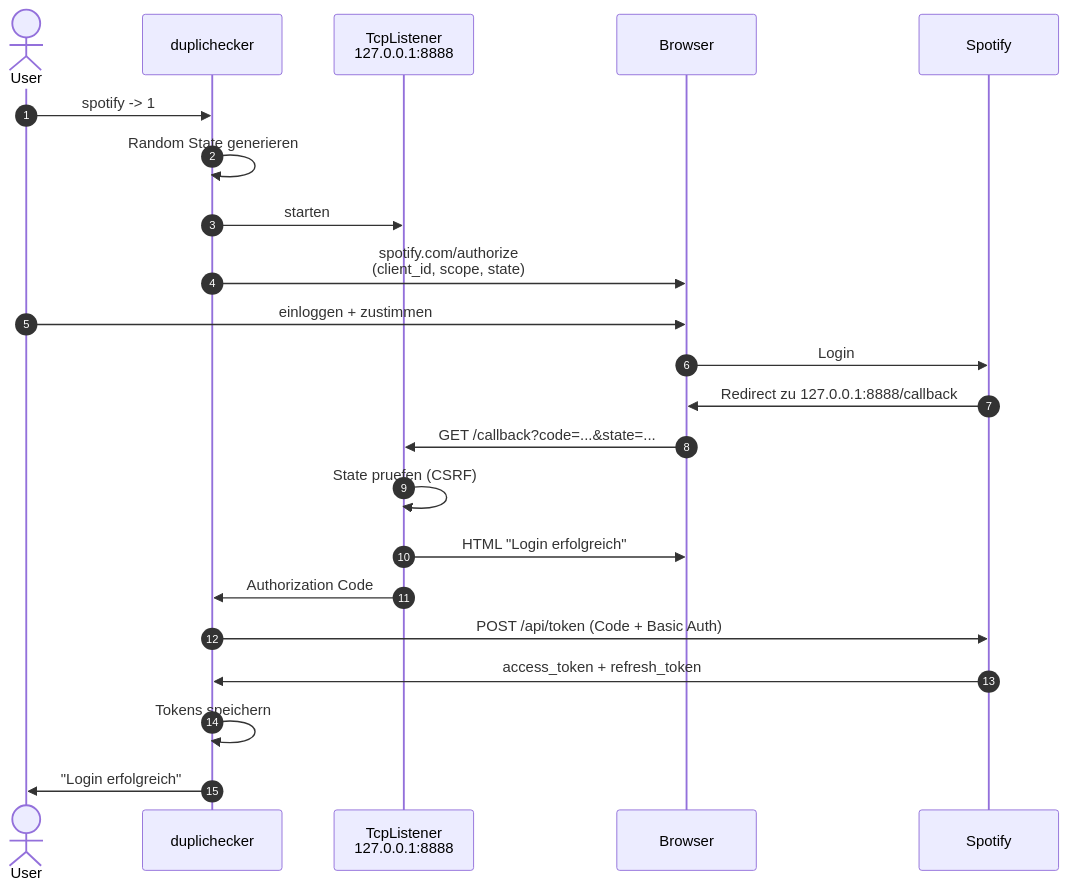
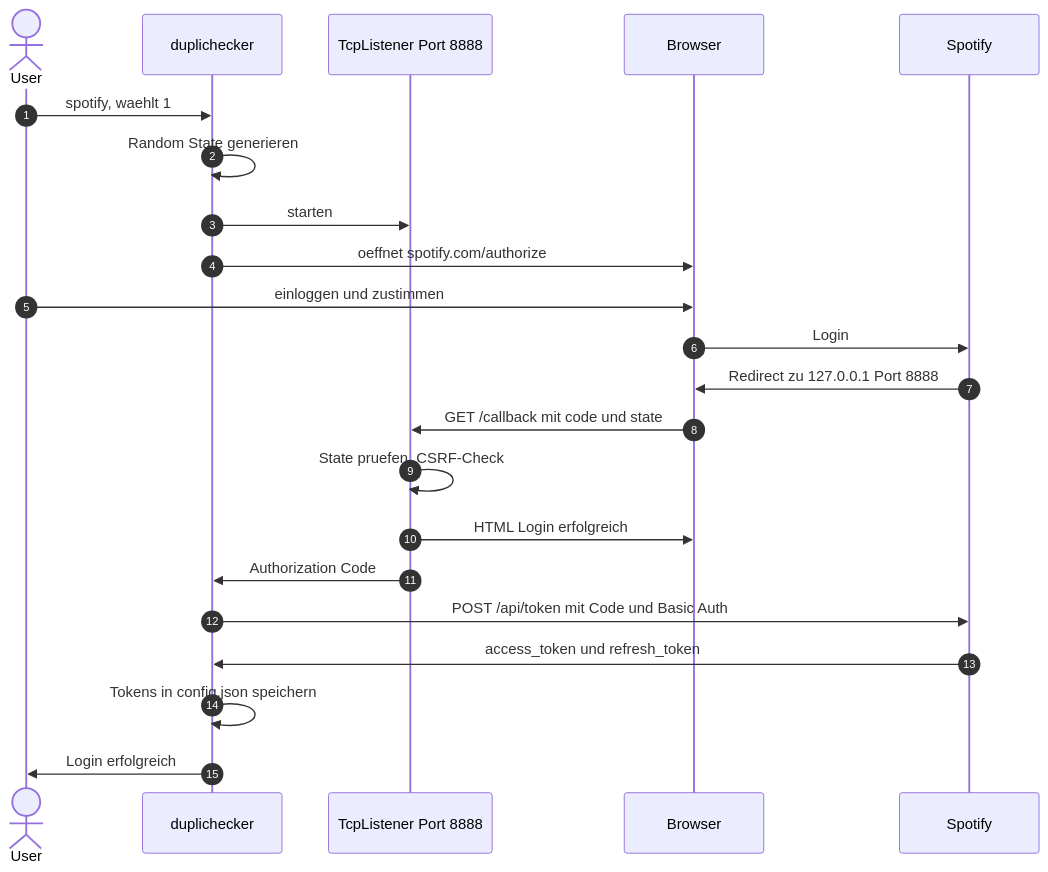
Before and after one commit to leandrosab/spotify-dup: the fourth of 6 diagrams in anhang/flowchart.md, drawn with Mermaid. The commit also changed other lines of this file, not shown here.

Commit message:
Flowchart V.3

````diff
--- a/anhang/flowchart.md
+++ b/anhang/flowchart.md
@@ -89,25 +89,25 @@
 ```mermaid
 sequenceDiagram
     autonumber
     actor User
     participant CLI as duplichecker
-    participant Listener as TcpListener<br>127.0.0.1:8888
+    participant Listener as TcpListener Port 8888
     participant Browser
     participant Spotify
 
-    User->>CLI: spotify -> 1
+    User->>CLI: spotify, waehlt 1
     CLI->>CLI: Random State generieren
     CLI->>Listener: starten
-    CLI->>Browser: spotify.com/authorize<br>(client_id, scope, state)
-    User->>Browser: einloggen + zustimmen
+    CLI->>Browser: oeffnet spotify.com/authorize
+    User->>Browser: einloggen und zustimmen
     Browser->>Spotify: Login
-    Spotify->>Browser: Redirect zu 127.0.0.1:8888/callback
-    Browser->>Listener: GET /callback?code=...&state=...
-    Listener->>Listener: State pruefen (CSRF)
-    Listener->>Browser: HTML "Login erfolgreich"
+    Spotify->>Browser: Redirect zu 127.0.0.1 Port 8888
+    Browser->>Listener: GET /callback mit code und state
+    Listener->>Listener: State pruefen, CSRF-Check
+    Listener->>Browser: HTML Login erfolgreich
     Listener->>CLI: Authorization Code
-    CLI->>Spotify: POST /api/token (Code + Basic Auth)
-    Spotify->>CLI: access_token + refresh_token
-    CLI->>CLI: Tokens speichern
-    CLI->>User: "Login erfolgreich"
+    CLI->>Spotify: POST /api/token mit Code und Basic Auth
+    Spotify->>CLI: access_token und refresh_token
+    CLI->>CLI: Tokens in config.json speichern
+    CLI->>User: Login erfolgreich
 ```
````
